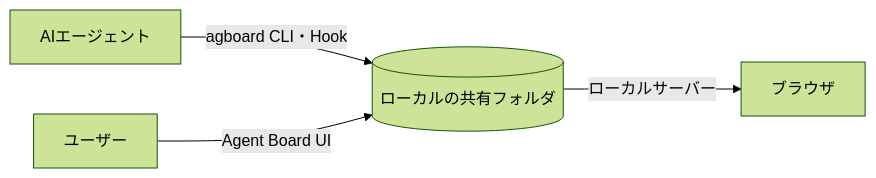
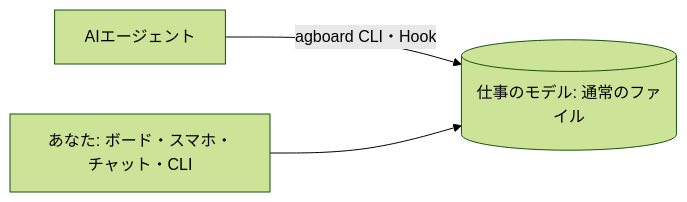
Before and after one commit to FooQoo/agent-board: the diagram in README.ja.md, drawn with Mermaid (forest theme). The commit also changed other lines of this file and 58 other files, not shown here.

````diff
--- a/README.ja.md
+++ b/README.ja.md
@@ -31,6 +33,5 @@
 ```mermaid
 flowchart LR
-    A["AIエージェント"] -- "agboard CLI・Hook" --> D[("ローカルの共有フォルダ")]
-    U["ユーザー"] -- "Agent Board UI" --> D
-    D -- "ローカルサーバー" --> B["ブラウザ"]
+    A["AIエージェント"] -- "agboard CLI・Hook" --> M[("仕事のモデル: 通常のファイル")]
+    U["あなた: ボード・スマホ・チャット・CLI"] --> M
 ```
````
